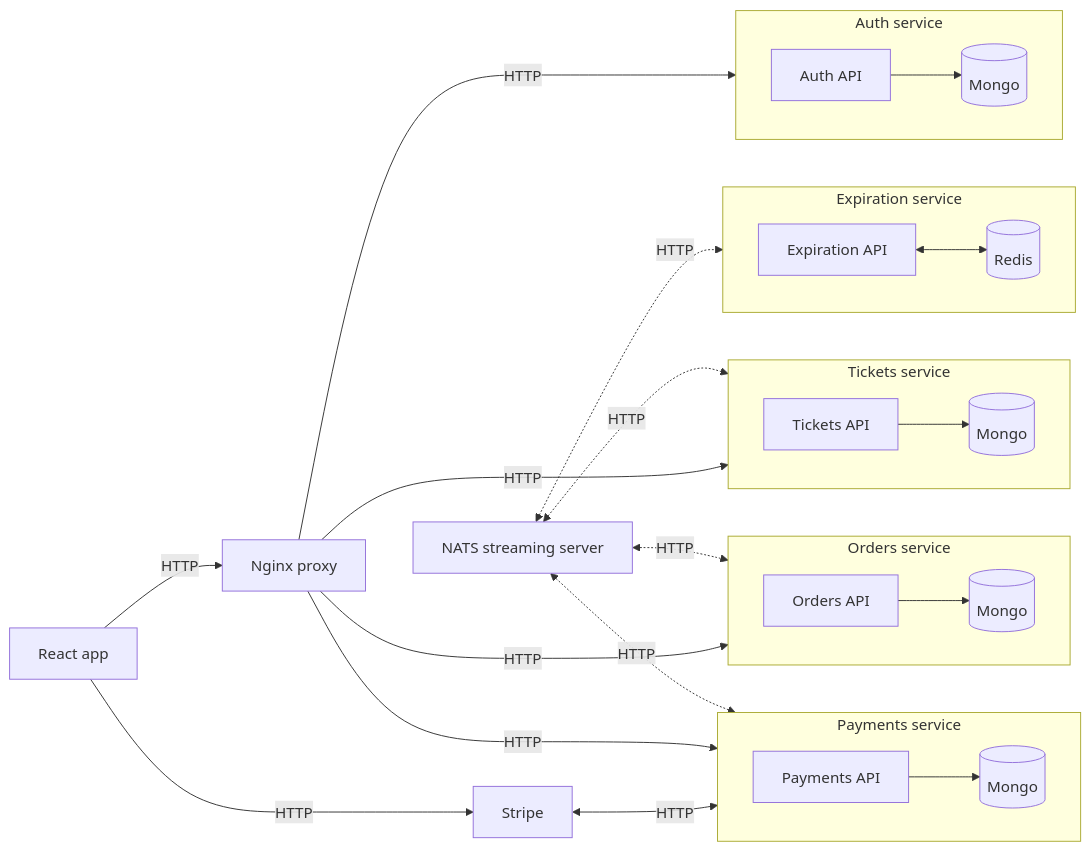
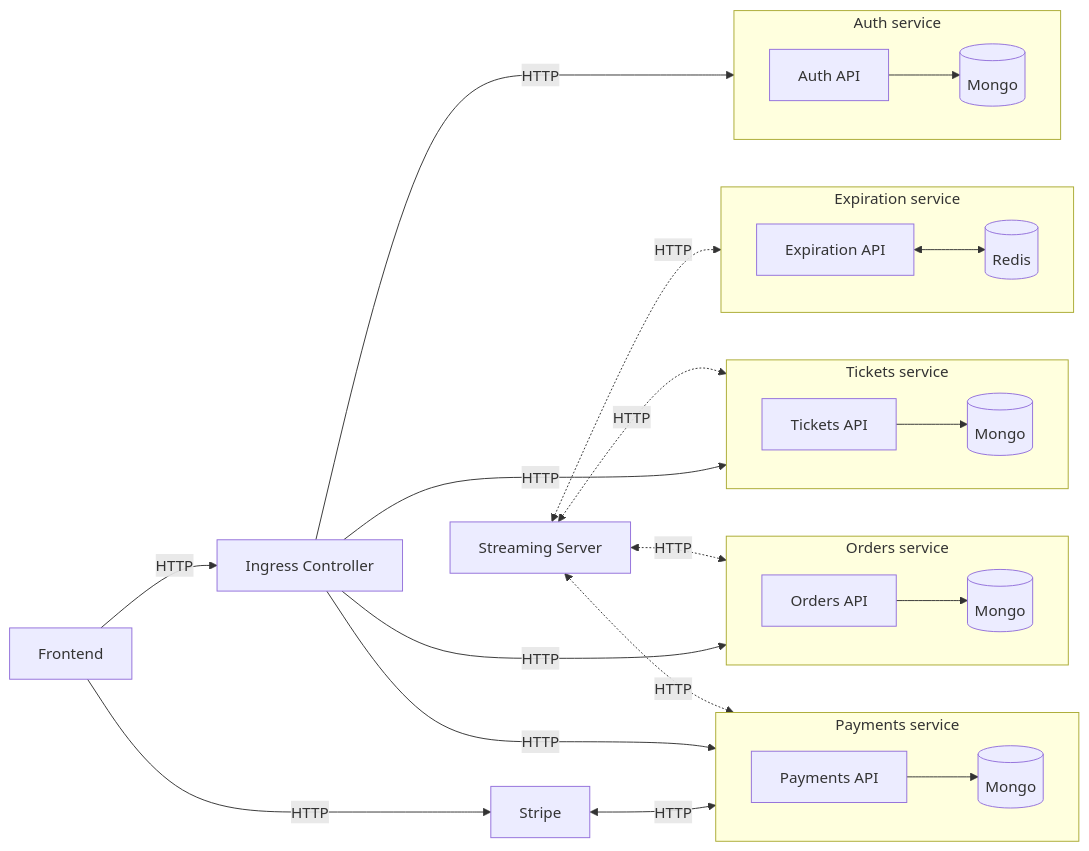
One commit to brunowego/cookbooks changed the diagram in mermaid/examples/architecture.md. Above: the diagram before and after it, drawn with Mermaid. The commit also changed other lines of this file and 29 other files, not shown here.

````diff
--- a/mermaid/examples/architecture.md
+++ b/mermaid/examples/architecture.md
@@ -9,53 +9,53 @@
 ```mermaid
 flowchart LR
 %% defining styles
     classDef app fill:#f7e081,stroke:#333,stroke-width:1px
 
 %% defining entities
-    FE[React app]
-    LB[Nginx proxy]
+    FE[Frontend]
+    LB[Ingress Controller]
     A[Auth API]
     A-M[(Mongo)]
     T[Tickets API]
     T-M[(Mongo)]
     O[Orders API]
     O-M[(Mongo)]
     P[Payments API]
     P-M[(Mongo)]
     St[Stripe]
     E[Expiration API]
     E-R[(Redis)]
-    NATS[NATS streaming server]
+    SS[Streaming Server]
 
 %% assigning styles to entities
     %%AS,OS,ES,TS,PS:::service
     %%class A,T,O,E,P,FE app;
 
-%%click A "http://www.github.com/getlarge/ticketing/apps/auth" _blank
+%%click A "https://github.com/brunowego/boilerplates" _blank
 
 %% flow
     FE -->|HTTP| LB
     FE -->|HTTP| St <-->|HTTP| PS
     LB --->|HTTP| AS & TS & OS & PS
-    NATS <-.->|HTTP| TS & OS & ES & PS
+    SS <-.->|HTTP| TS & OS & ES & PS
     subgraph AS [Auth service]
     direction LR
     A --> A-M
     end
     subgraph TS [Tickets service]
     direction LR
     T --> T-M
     end
     subgraph OS [Orders service]
     direction LR
     O --> O-M
     end
     subgraph ES [Expiration service]
     direction LR
     E <--> E-R
     end
     subgraph PS [Payments service]
     direction LR
     P --> P-M
     end
 ```
````
